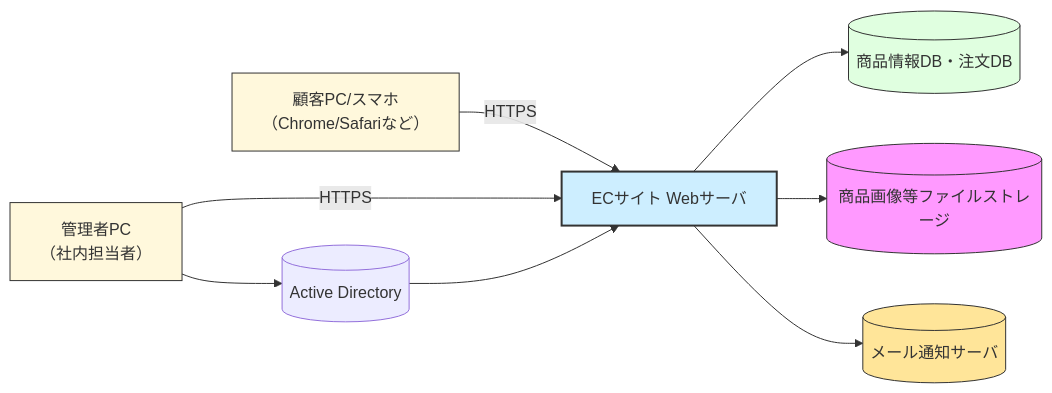
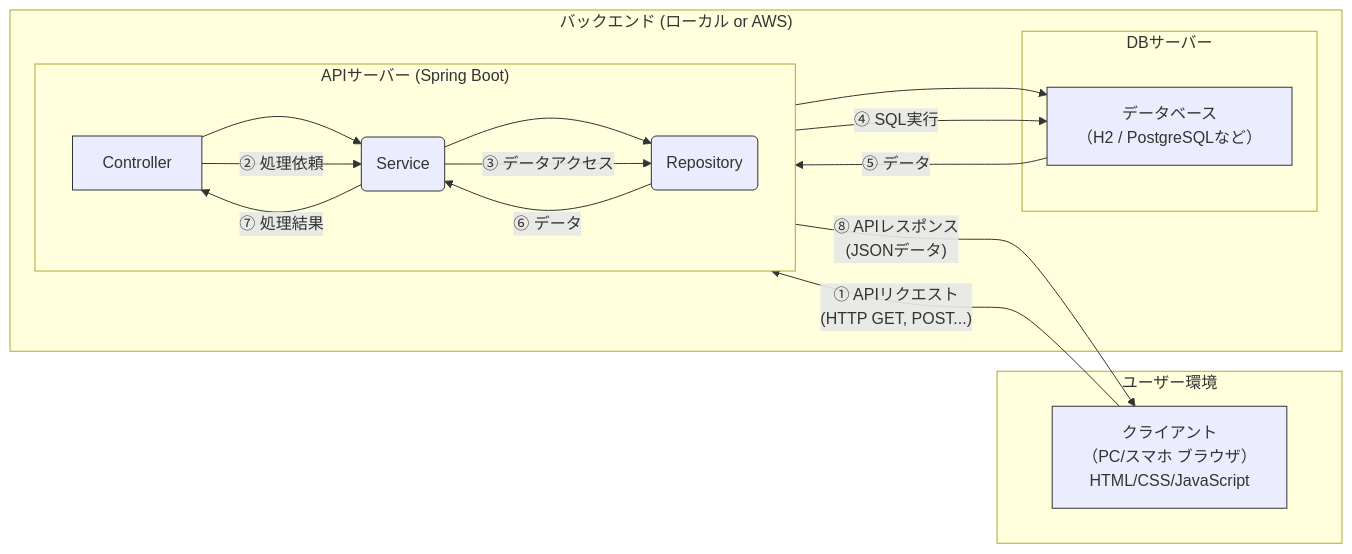
The first of 18 diagrams in 詳細設計/詳細設計書の例（必須機能のみ）.md (natsumiumeda/Jobs), drawn with Mermaid before and after one commit. The commit also changed other lines of this file, not shown here.

```diff
--- a/詳細設計/詳細設計書の例（必須機能のみ）.md
+++ b/詳細設計/詳細設計書の例（必須機能のみ）.md
@@ -57,16 +43,33 @@
 <div class="mermaid">
 graph LR
-    顧客端末[顧客PC/スマホ<br>（Chrome/Safariなど）] -- HTTPS --> ECサーバ[ECサイト Webサーバ]
-    管理端末[管理者PC<br>（社内担当者）] -- HTTPS --> ECサーバ
-    ECサーバ --> DB[(商品情報DB・注文DB)]
-    ECサーバ --> ストレージ[(商品画像等ファイルストレージ)]
-    ECサーバ --> メール[(メール通知サーバ)]
-    管理端末 --> 認証システム[(Active Directory)] --> ECサーバ
- 
-    style 顧客端末 fill:#fff8dc,stroke:#333
-    style 管理端末 fill:#fff8dc,stroke:#333
-    style ECサーバ fill:#cdeeff,stroke:#333,stroke-width:2px
-    style DB fill:#e0ffe0,stroke:#333
-    style ストレージ fill:#f9f,stroke:#333
-    style メール fill:#ffe599,stroke:#333
+    subgraph ユーザー環境
+        A[クライアント<br>（PC/スマホ ブラウザ）<br>HTML/CSS/JavaScript]
+    end
+
+    subgraph "バックエンド (ローカル or AWS)"
+        subgraph "APIサーバー (Spring Boot)"
+            direction LR
+            B[Controller<br>] --> C(Service<br>);
+            C --> D(Repository<br>);
+        end
+        subgraph DBサーバー
+            E[データベース<br>（H2 / PostgreSQLなど）]
+        end
+        D --> E;
+    end
+
+    A -- ① APIリクエスト<br>(HTTP GET, POST...) --> B;
+    B -- ② 処理依頼 --> C;
+    C -- ③ データアクセス --> D;
+    D -- ④ SQL実行 --> E;
+    E -- ⑤ データ --> D;
+    D -- ⑥ データ --> C;
+    C -- ⑦ 処理結果 --> B;
+    B -- ⑧ APIレスポンス<br>(JSONデータ) --> A;
+
+    style A fill:#lightyellow,stroke:#333,stroke-width:1px
+    style B fill:#lightblue,stroke:#333,stroke-width:1px
+    style C fill:#lightgreen,stroke:#333,stroke-width:1px
+    style D fill:#lightcoral,stroke:#333,stroke-width:1px
+    style E fill:#lightgrey,stroke:#333,stroke-width:1px
 </div>
```
